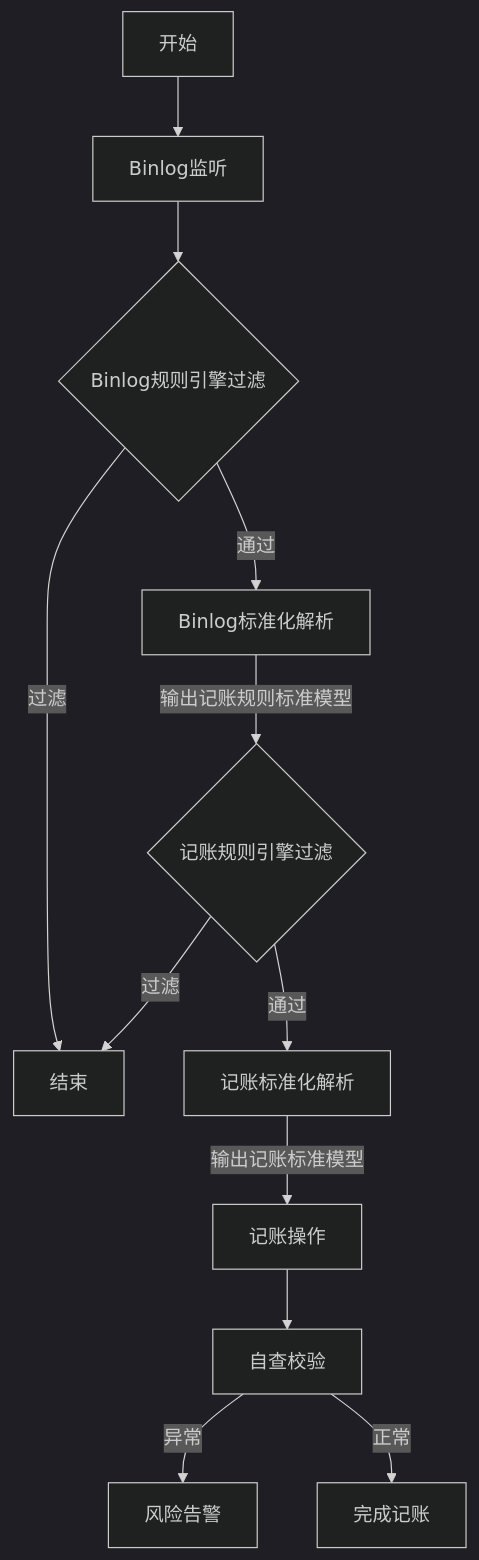
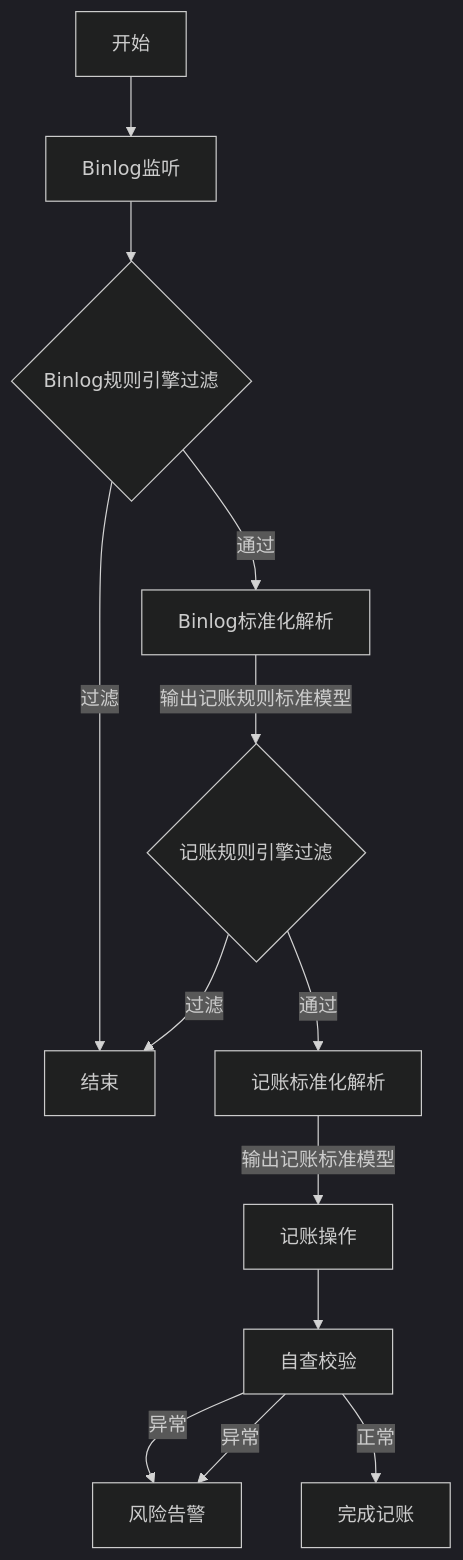
Before and after one commit to 87828943/iodraw-files: the diagram in all/记账架构流程图.md, drawn with Mermaid (dark theme).

Commit message:
2025-07-07 14:56:06 update

````diff
--- a/all/记账架构流程图.md
+++ b/all/记账架构流程图.md
@@ -1,14 +1,15 @@
 ```mermaid
 graph TD
     Z[开始] --> A
     A[Binlog监听] --> B{Binlog规则引擎过滤}
     B -->|通过| C[Binlog标准化解析]
     B -->|过滤| K[结束]
     C --> |输出记账规则标准模型|D{记账规则引擎过滤}
     D --> |通过|E[记账标准化解析]
     D --> |过滤|K
     E --> |输出记账标准模型|F[记账操作]
     F --> G[自查校验]
     G -->|异常| H[风险告警]
+    G -->|异常| H[风险告警]
     G -->|正常| I[完成记账]
 ```
````
